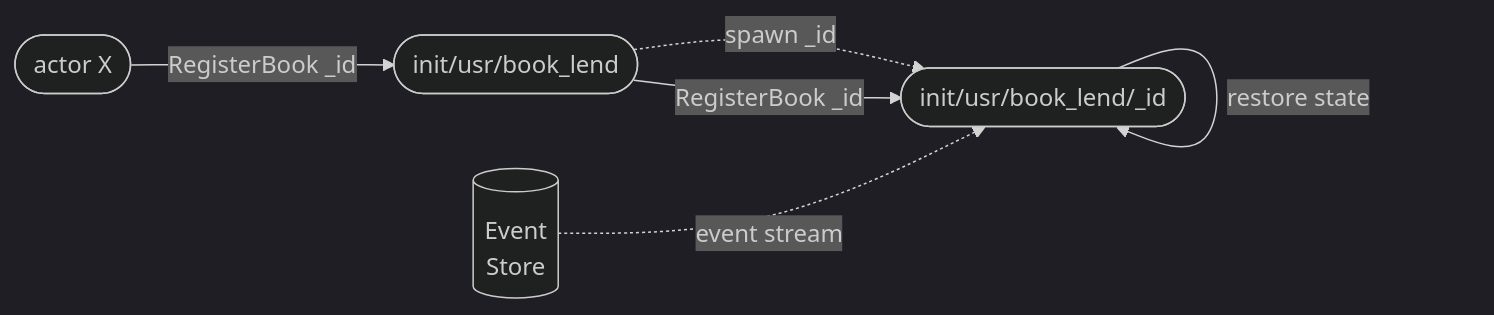
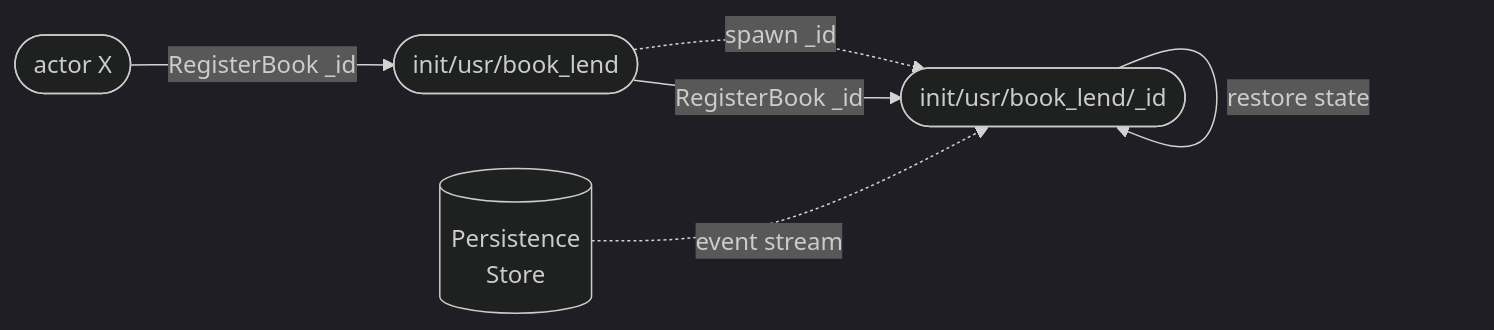
The diagram in README.md (ccamel/playground-protoactor.go), drawn with Mermaid (dark theme) before and after one commit. The commit also changed other lines of this file, not shown here.

Commit message:
:memo: Describe the persistence

````diff
--- a/README.md
+++ b/README.md
@@ -58,14 +58,14 @@
 ``` mermaid
 flowchart LR
     O(["actor X"])
     A(["init/usr/book_lend"])
     B(["init/usr/book_lend/_id"])
 
-    es[(Event\nStore)]
+    es[(Persistence\nStore)]
 
     O --> | RegisterBook _id | A
     A -.-> | spawn _id | B
     B --> | restore state | B
     A --> | RegisterBook _id | B
     es -.-> | event stream | B
 ```
````
